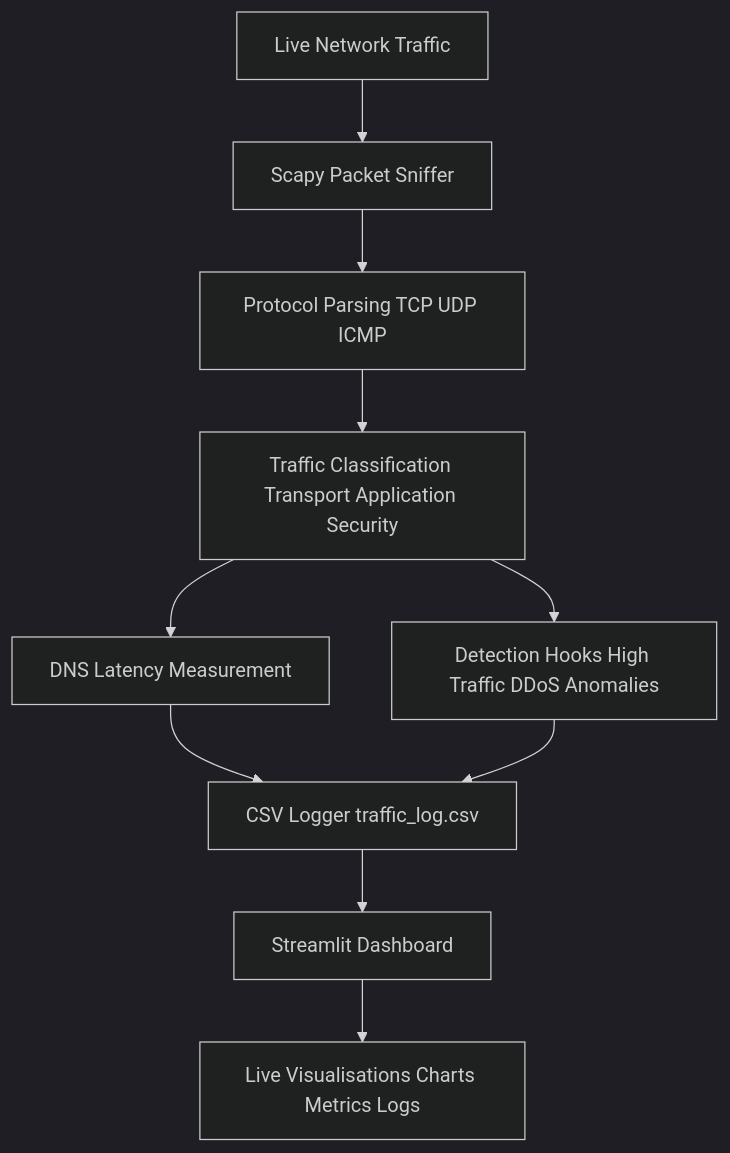
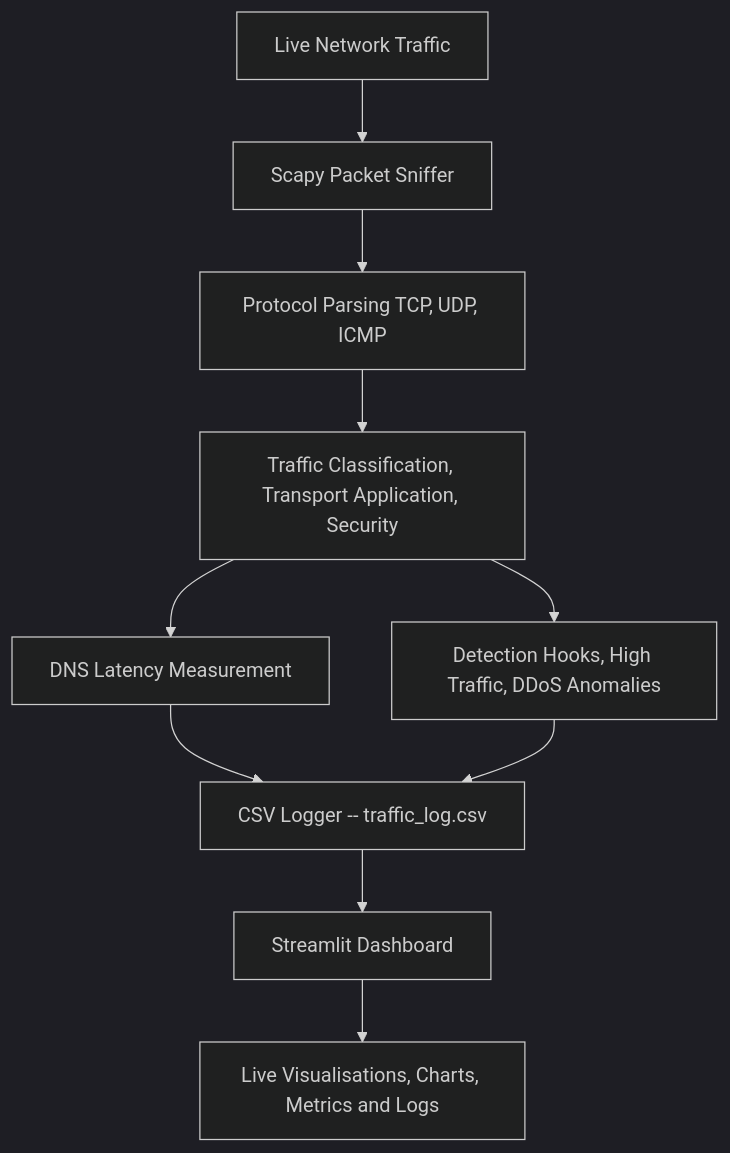
The diagram in README.md (maryam-rahat/sniffer), drawn with Mermaid (dark theme) before and after one commit.

````diff
--- a/README.md
+++ b/README.md
@@ -56,12 +56,12 @@
 ```mermaid
 flowchart TD
     A[Live Network Traffic] --> B[Scapy Packet Sniffer]
-    B --> C[Protocol Parsing TCP UDP ICMP]
-    C --> D[Traffic Classification Transport Application Security]
+    B --> C[Protocol Parsing TCP, UDP, ICMP]
+    C --> D[Traffic Classification, Transport Application, Security]
     D --> E[DNS Latency Measurement]
-    D --> F[Detection Hooks High Traffic DDoS Anomalies]
-    E --> G[CSV Logger traffic_log.csv]
+    D --> F[Detection Hooks, High Traffic, DDoS Anomalies]
+    E --> G[CSV Logger -- traffic_log.csv]
     F --> G
     G --> H[Streamlit Dashboard]
-    H --> I[Live Visualisations Charts Metrics Logs]
+    H --> I[Live Visualisations, Charts, Metrics and Logs]
 ```
````
